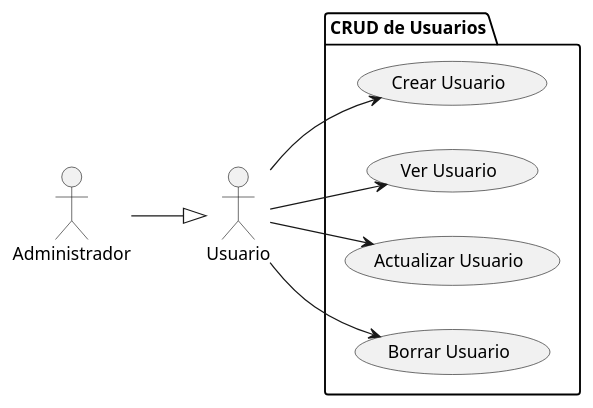
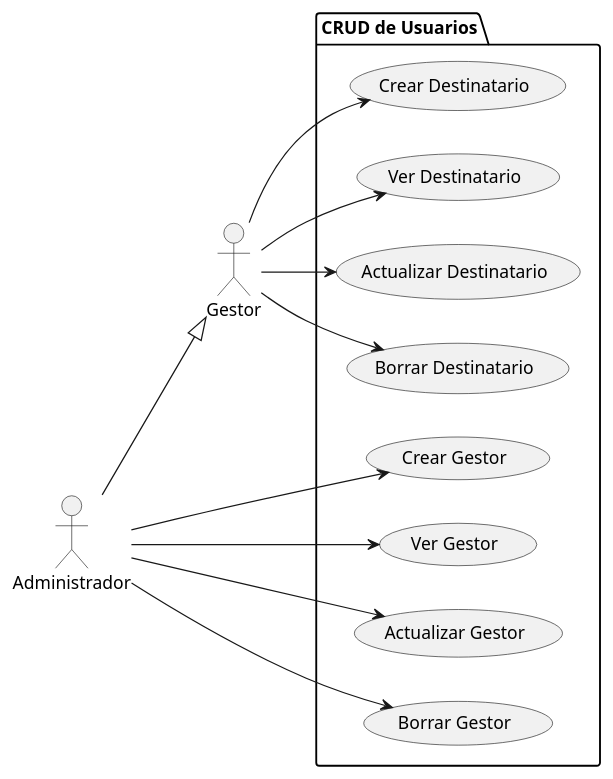
One commit to mmasias/24-25-IdSw1-SDR changed the diagram in docs/casosDeUso/diagramaCasosDeUso/manejoUsuarios/manejoUsuario.puml. Above: the diagram before and after it, drawn with PlantUML. The commit also changed 8 other files, not shown here.

Commit message:
REFAC: renombrar secciones y actores en diagramas de casos de uso para mayor claridad

```diff
--- a/docs/casosDeUso/diagramaCasosDeUso/manejoUsuarios/manejoUsuario.puml
+++ b/docs/casosDeUso/diagramaCasosDeUso/manejoUsuarios/manejoUsuario.puml
@@ -1,18 +1,26 @@
 @startuml ManejoUsuario
 left to right direction
 actor "Administrador" as Administrador
-actor "Usuario" as Usuario
+actor "Gestor" as Usuario
 
 package "CRUD de Usuarios" {
-    usecase "Crear Usuario" as CU1
-    usecase "Ver Usuario" as CU2
-    usecase "Actualizar Usuario" as CU3
-    usecase "Borrar Usuario" as CU4
+    usecase "Crear Destinatario" as CU1
+    usecase "Ver Destinatario" as CU2
+    usecase "Actualizar Destinatario" as CU3
+    usecase "Borrar Destinatario" as CU4
+    usecase "Crear Gestor" as CU5
+    usecase "Ver Gestor" as CU6
+    usecase "Actualizar Gestor" as CU7
+    usecase "Borrar Gestor" as CU8
 }
 
 Administrador --|> Usuario
 Usuario --> CU1
 Usuario --> CU2
 Usuario --> CU3
 Usuario --> CU4
+Administrador --> CU5
+Administrador --> CU6
+Administrador --> CU7
+Administrador --> CU8
 @enduml
```
